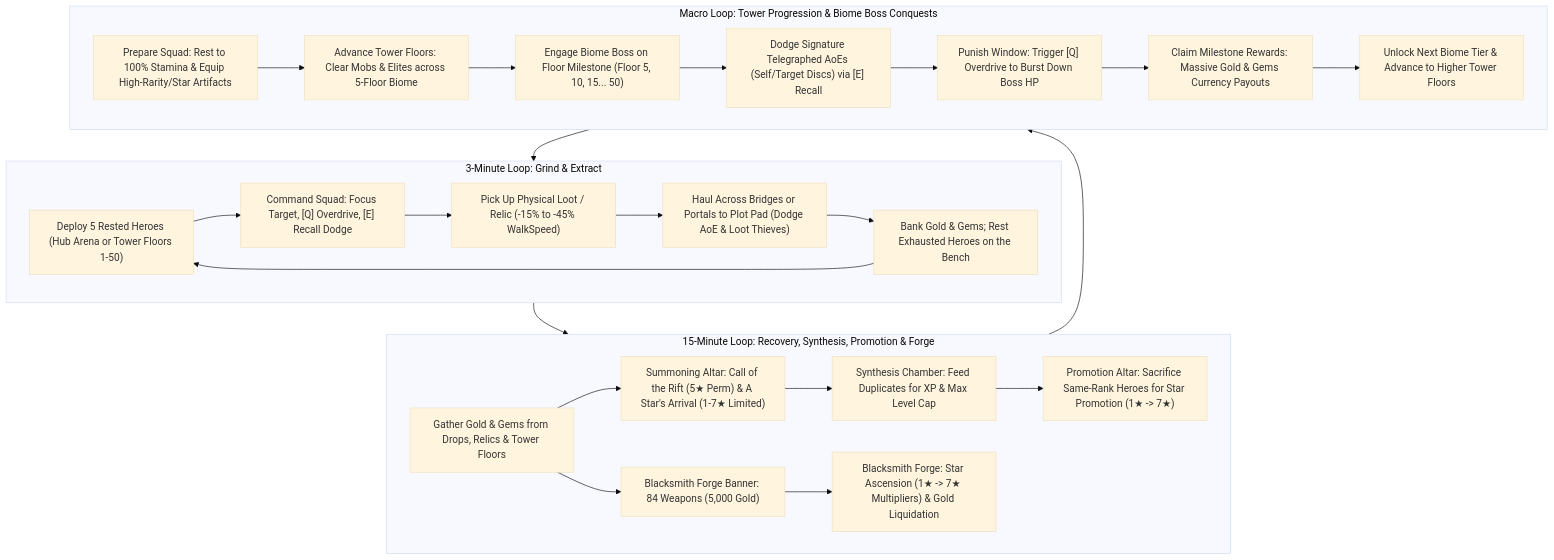
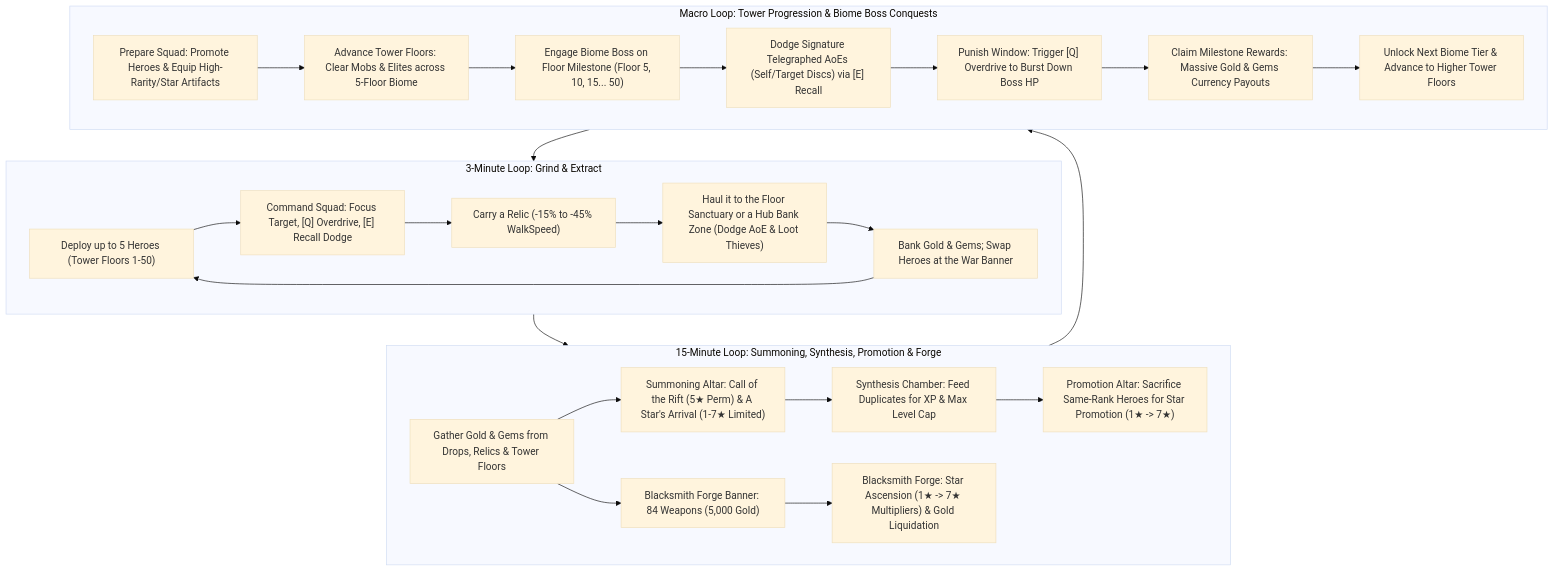
One commit to Zaimoo/infinite-tower changed the diagram in docs/GAME_DESIGN.MD. Above: the diagram before and after it, drawn with Mermaid (base theme). The commit also changed other lines of this file and 32 other files, not shown here.

````diff
--- a/docs/GAME_DESIGN.MD
+++ b/docs/GAME_DESIGN.MD
@@ -46,31 +48,31 @@
 ```mermaid
 flowchart TD
     subgraph Micro["3-Minute Loop: Grind & Extract"]
-        M1["Deploy 5 Rested Heroes (Hub Arena or Tower Floors 1-50)"] --> M2["Command Squad: Focus Target, [Q] Overdrive, [E] Recall Dodge"]
-        M2 --> M3["Pick Up Physical Loot / Relic (-15% to -45% WalkSpeed)"]
-        M3 --> M4["Haul Across Bridges or Portals to Plot Pad (Dodge AoE & Loot Thieves)"]
-        M4 --> M5["Bank Gold & Gems; Rest Exhausted Heroes on the Bench"]
+        M1["Deploy up to 5 Heroes (Tower Floors 1-50)"] --> M2["Command Squad: Focus Target, [Q] Overdrive, [E] Recall Dodge"]
+        M2 --> M3["Carry a Relic (-15% to -45% WalkSpeed)"]
+        M3 --> M4["Haul it to the Floor Sanctuary or a Hub Bank Zone (Dodge AoE & Loot Thieves)"]
+        M4 --> M5["Bank Gold & Gems; Swap Heroes at the War Banner"]
         M5 --> M1
     end
 
-    subgraph Meso["15-Minute Loop: Recovery, Synthesis, Promotion & Forge"]
+    subgraph Meso["15-Minute Loop: Summoning, Synthesis, Promotion & Forge"]
         T1["Gather Gold & Gems from Drops, Relics & Tower Floors"] --> T2["Summoning Altar: Call of the Rift (5★ Perm) & A Star's Arrival (1-7★ Limited)"]
         T2 --> T3["Synthesis Chamber: Feed Duplicates for XP & Max Level Cap"]
         T1 --> T4["Blacksmith Forge Banner: 84 Weapons (5,000 Gold)"]
         T3 --> T5["Promotion Altar: Sacrifice Same-Rank Heroes for Star Promotion (1★ -> 7★)"]
         T4 --> T6["Blacksmith Forge: Star Ascension (1★ -> 7★ Multipliers) & Gold Liquidation"]
     end
 
     subgraph Macro["Macro Loop: Tower Progression & Biome Boss Conquests"]
-        B1["Prepare Squad: Rest to 100% Stamina & Equip High-Rarity/Star Artifacts"] --> B2["Advance Tower Floors: Clear Mobs & Elites across 5-Floor Biome"]
+        B1["Prepare Squad: Promote Heroes & Equip High-Rarity/Star Artifacts"] --> B2["Advance Tower Floors: Clear Mobs & Elites across 5-Floor Biome"]
         B2 --> B3["Engage Biome Boss on Floor Milestone (Floor 5, 10, 15... 50)"]
         B3 --> B4["Dodge Signature Telegraphed AoEs (Self/Target Discs) via [E] Recall"]
         B4 --> B5["Punish Window: Trigger [Q] Overdrive to Burst Down Boss HP"]
         B5 --> B6["Claim Milestone Rewards: Massive Gold & Gems Currency Payouts"]
         B6 --> B7["Unlock Next Biome Tier & Advance to Higher Tower Floors"]
     end
 
     Micro --> Meso
     Meso --> Macro
     Macro --> Micro
 ```
````
